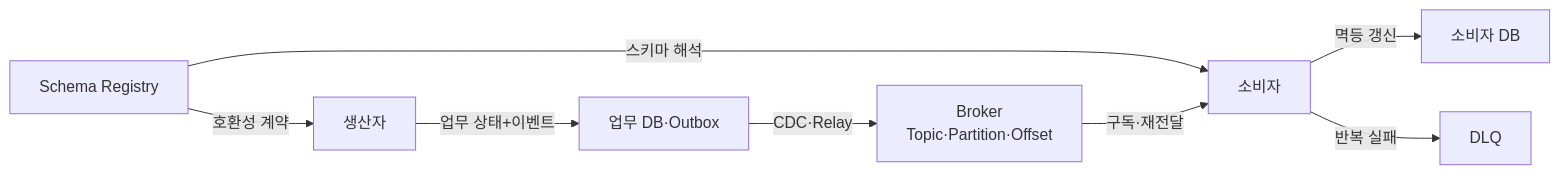
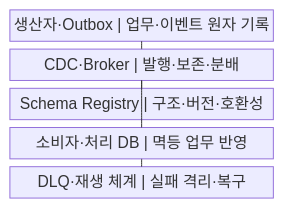
The first of 2 diagrams in src/content/docs/notes/03-software/175_event_driven_architecture.md (agnusdei1207/knowledge-base), drawn with Mermaid before and after one commit. The commit also changed other lines of this file and 20 other files, not shown here.

````diff
--- a/src/content/docs/notes/03-software/175_event_driven_architecture.md
+++ b/src/content/docs/notes/03-software/175_event_driven_architecture.md
@@ -61,10 +56,13 @@
 ```mermaid
-flowchart LR
-    P["생산자"] -->|"업무 상태+이벤트"| O["업무 DB·Outbox"]
-    O -->|"CDC·Relay"| B["Broker<br/>Topic·Partition·Offset"]
-    S["Schema Registry"] -->|"호환성 계약"| P
-    S -->|"스키마 해석"| C["소비자"]
-    B -->|"구독·재전달"| C
-    C -->|"멱등 갱신"| D["소비자 DB"]
-    C -->|"반복 실패"| Q["DLQ"]
+block
+    columns 1
+    A["생산자·Outbox | 업무·이벤트 원자 기록"]
+    B["CDC·Broker | 발행·보존·분배"]
+    C["Schema Registry | 구조·버전·호환성"]
+    D["소비자·처리 DB | 멱등 업무 반영"]
+    E["DLQ·재생 체계 | 실패 격리·복구"]
+    A --- B
+    B --- C
+    B --- D
+    D --- E
 ```
````
